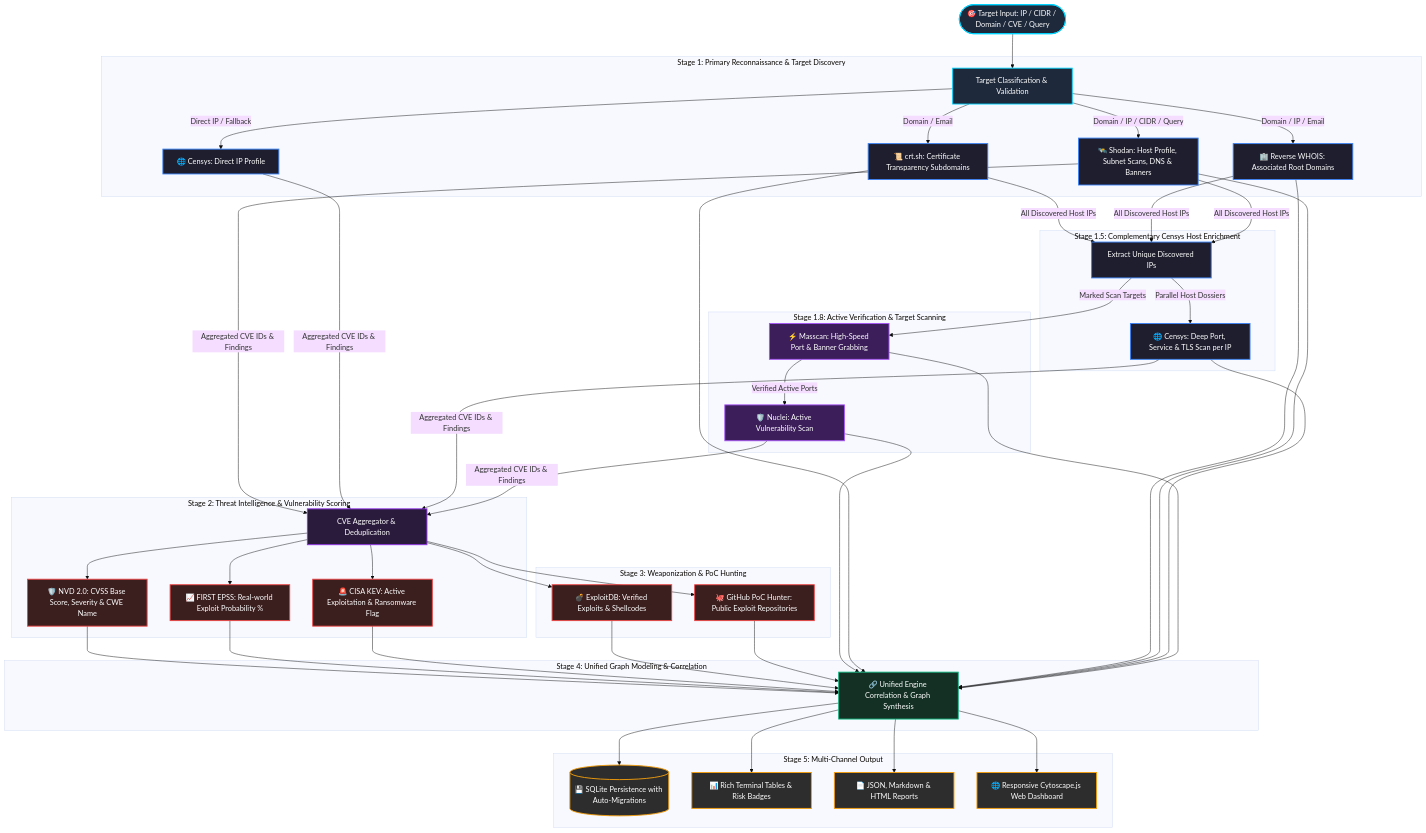
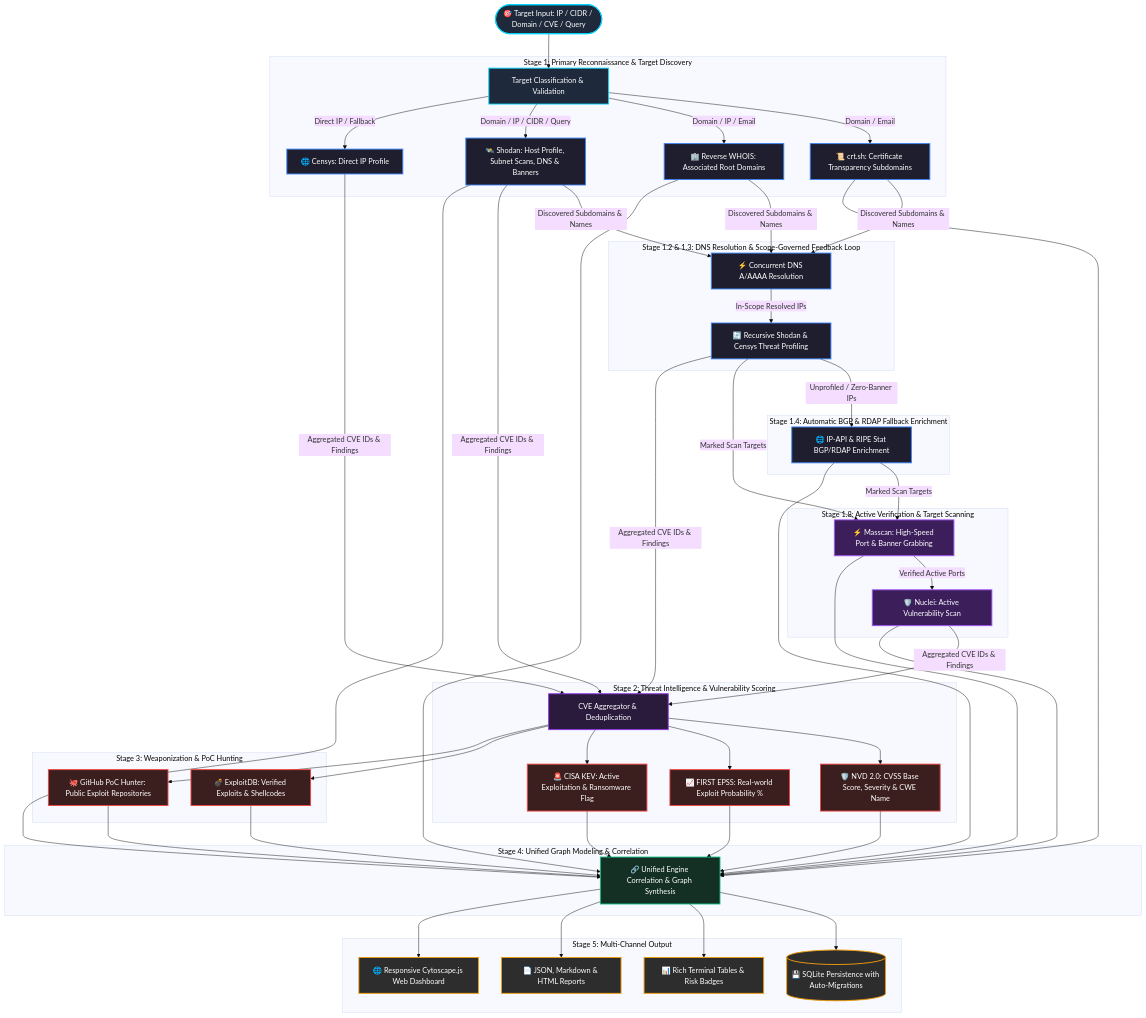
The diagram in README.md (detectisec/DetecTI-CLI), drawn with Mermaid (base theme) before and after one commit. The commit also changed other lines of this file, not shown here.

Commit message:
docs: update pipeline and features with Stage 1.4 BGP/RDAP fallback, scope governance, and strict attack path isolation

````diff
--- a/README.md
+++ b/README.md
@@ -43,53 +43,57 @@
 ```mermaid
 flowchart TD
     classDef input fill:#1e293b,stroke:#00d4ff,stroke-width:2px,color:#fff
     classDef recon fill:#1e1e2e,stroke:#3b82f6,stroke-width:2px,color:#fff
     classDef enrich fill:#2a1b3d,stroke:#9333ea,stroke-width:2px,color:#fff
     classDef active fill:#3b1e5a,stroke:#a855f7,stroke-width:2px,color:#fff
     classDef intel fill:#3b1e1e,stroke:#ef4444,stroke-width:2px,color:#fff
     classDef correlate fill:#143024,stroke:#10b981,stroke-width:2px,color:#fff
     classDef output fill:#2d2d2d,stroke:#f59e0b,stroke-width:2px,color:#fff
 
     TARGET([🎯 Target Input: IP / CIDR / Domain / CVE / Query]):::input --> CLASSIFY[Target Classification & Validation]:::input
 
     subgraph Stage1 [Stage 1: Primary Reconnaissance & Target Discovery]
         CLASSIFY -->|Domain / Email| CRTSH[📜 crt.sh: Certificate Transparency Subdomains]:::recon
         CLASSIFY -->|Domain / IP / Email| WHOIS[🏢 Reverse WHOIS: Associated Root Domains]:::recon
         CLASSIFY -->|Domain / IP / CIDR / Query| SHODAN[🛰️ Shodan: Host Profile, Subnet Scans, DNS & Banners]:::recon
         CLASSIFY -->|Direct IP / Fallback| CENSYS_DIRECT[🌐 Censys: Direct IP Profile]:::recon
     end
 
-    subgraph Stage1_5 [Stage 1.5: Complementary Censys Host Enrichment]
-        CRTSH & WHOIS & SHODAN -->|All Discovered Host IPs| IP_EXTRACT[Extract Unique Discovered IPs]:::recon
-        IP_EXTRACT -->|Parallel Host Dossiers| CENSYS_ENRICH[🌐 Censys: Deep Port, Service & TLS Scan per IP]:::recon
+    subgraph Stage1_2 [Stage 1.2 & 1.3: DNS Resolution & Scope-Governed Feedback Loop]
+        CRTSH & WHOIS & SHODAN -->|Discovered Subdomains & Names| DNS_RES[⚡ Concurrent DNS A/AAAA Resolution]:::recon
+        DNS_RES -->|In-Scope Resolved IPs| THREAT_LOOP[🔄 Recursive Shodan & Censys Threat Profiling]:::recon
+    end
+
+    subgraph Stage1_4 [Stage 1.4: Automatic BGP & RDAP Fallback Enrichment]
+        THREAT_LOOP -->|Unprofiled / Zero-Banner IPs| BGP_RDAP[🌐 IP-API & RIPE Stat BGP/RDAP Enrichment]:::recon
     end
 
     subgraph Stage1_8 [Stage 1.8: Active Verification & Target Scanning]
-        IP_EXTRACT -->|Marked Scan Targets| MASSCAN[⚡ Masscan: High-Speed Port & Banner Grabbing]:::active
+        THREAT_LOOP & BGP_RDAP -->|Marked Scan Targets| MASSCAN[⚡ Masscan: High-Speed Port & Banner Grabbing]:::active
         MASSCAN -->|Verified Active Ports| NUCLEI[🛡️ Nuclei: Active Vulnerability Scan]:::active
     end
 
     subgraph Stage2 [Stage 2: Threat Intelligence & Vulnerability Scoring]
-        SHODAN & CENSYS_DIRECT & CENSYS_ENRICH & NUCLEI -->|Aggregated CVE IDs & Findings| CVE_AGG[CVE Aggregator & Deduplication]:::enrich
+        SHODAN & CENSYS_DIRECT & THREAT_LOOP & NUCLEI -->|Aggregated CVE IDs & Findings| CVE_AGG[CVE Aggregator & Deduplication]:::enrich
         CVE_AGG --> NVD[🛡️ NVD 2.0: CVSS Base Score, Severity & CWE Name]:::intel
         CVE_AGG --> EPSS[📈 FIRST EPSS: Real-world Exploit Probability %]:::intel
         CVE_AGG --> CISA[🚨 CISA KEV: Active Exploitation & Ransomware Flag]:::intel
     end
 
     subgraph Stage3 [Stage 3: Weaponization & PoC Hunting]
         CVE_AGG --> XDB[💣 ExploitDB: Verified Exploits & Shellcodes]:::intel
         CVE_AGG --> GITHUB[🐙 GitHub PoC Hunter: Public Exploit Repositories]:::intel
     end
 
     subgraph Stage4 [Stage 4: Unified Graph Modeling & Correlation]
         NVD & EPSS & CISA & XDB & GITHUB & NUCLEI --> CORRELATION[🔗 Unified Engine Correlation & Graph Synthesis]:::correlate
-        CRTSH & WHOIS & SHODAN & CENSYS_ENRICH & MASSCAN --> CORRELATION
+        CRTSH & WHOIS & SHODAN & BGP_RDAP & MASSCAN --> CORRELATION
     end
 
     subgraph Stage5 [Stage 5: Multi-Channel Output]
         CORRELATION --> DB[(💾 SQLite Persistence with Auto-Migrations)]:::output
         CORRELATION --> CLI[📊 Rich Terminal Tables & Risk Badges]:::output
         CORRELATION --> REPORT[📄 JSON, Markdown & HTML Reports]:::output
         CORRELATION --> WEB[🌐 Responsive Cytoscape.js Web Dashboard]:::output
     end
 ```
````
